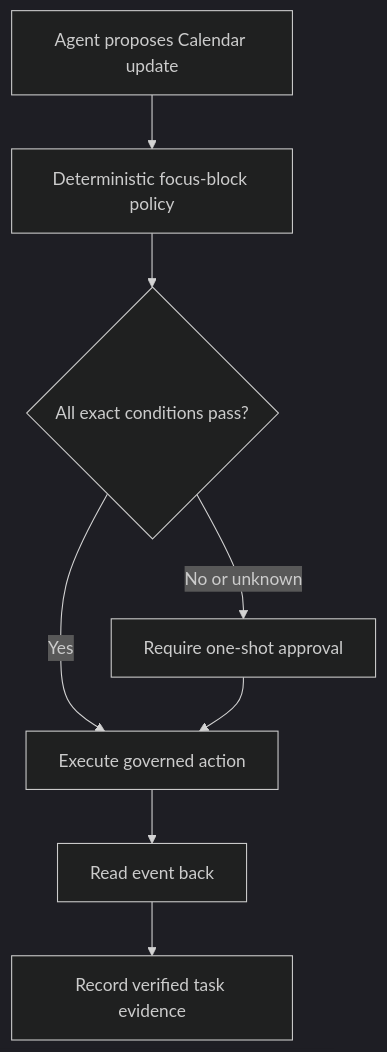
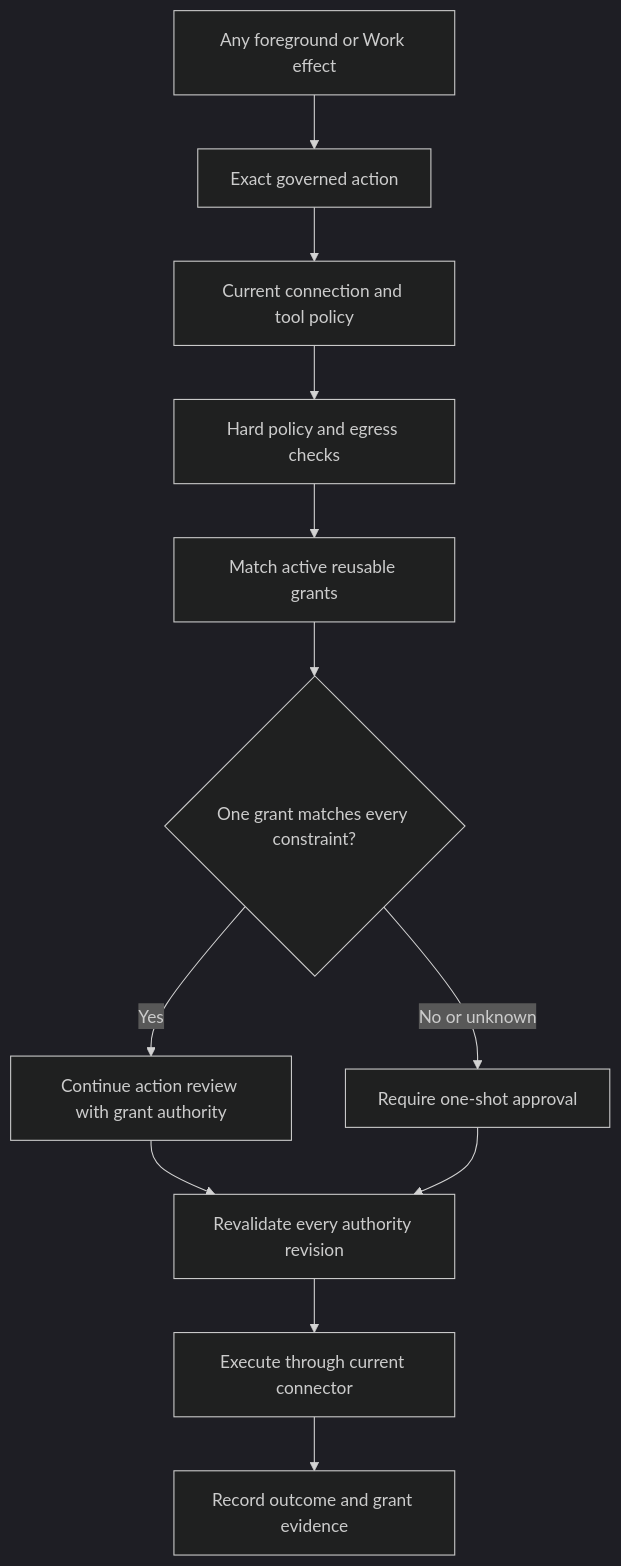
Before and after one commit to kpsuperplane/Noema: diagram 23 of 26 in docs/superpowers/plans/2026-08-08-noema-practical-reliability-roadmap.md, drawn with Mermaid (dark theme). The commit also changed other lines of this file, not shown here.

Commit message:
docs: generalize schema and action authority roadmap

````diff
--- a/docs/superpowers/plans/2026-08-08-noema-practical-reliability-roadmap.md
+++ b/docs/superpowers/plans/2026-08-08-noema-practical-reliability-roadmap.md
@@ -1047,14 +1187,19 @@
 ```mermaid
 flowchart TD
-    A["Agent proposes Calendar update"]
-    B["Deterministic focus-block policy"]
-    C{"All exact conditions pass?"}
-    D["Execute governed action"]
-    E["Require one-shot approval"]
-    F["Read event back"]
-    G["Record verified task evidence"]
+    A["Any foreground or Work effect"]
+    B["Exact governed action"]
+    C["Current connection and tool policy"]
+    D["Hard policy and egress checks"]
+    E["Match active reusable grants"]
+    F{"One grant matches every constraint?"}
+    G["Continue action review with grant authority"]
+    H["Require one-shot approval"]
+    I["Revalidate every authority revision"]
+    J["Execute through current connector"]
+    K["Record outcome and grant evidence"]
 
-    A --> B --> C
-    C -->|Yes| D --> F --> G
-    C -->|No or unknown| E --> D
+    A --> B --> C --> D --> E --> F
+    F -->|Yes| G --> I
+    F -->|No or unknown| H --> I
+    I --> J --> K
 ```
````
